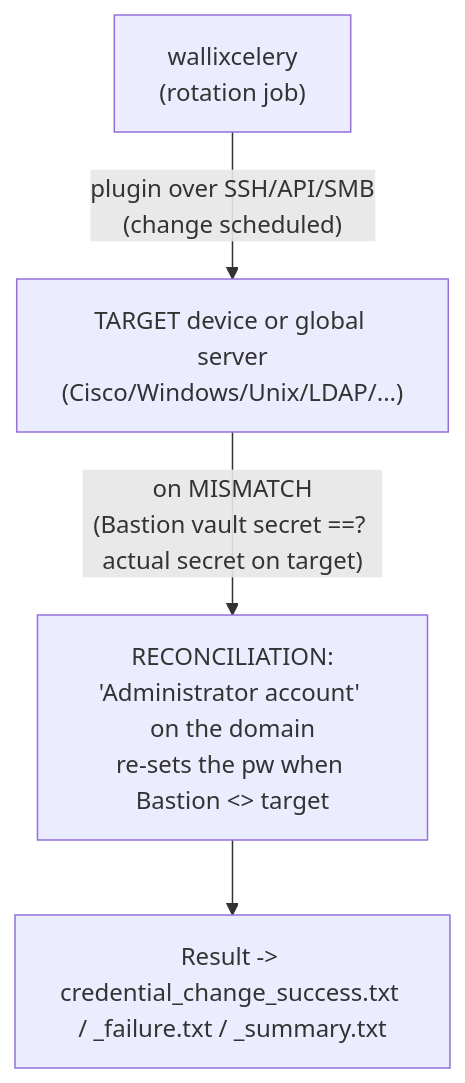
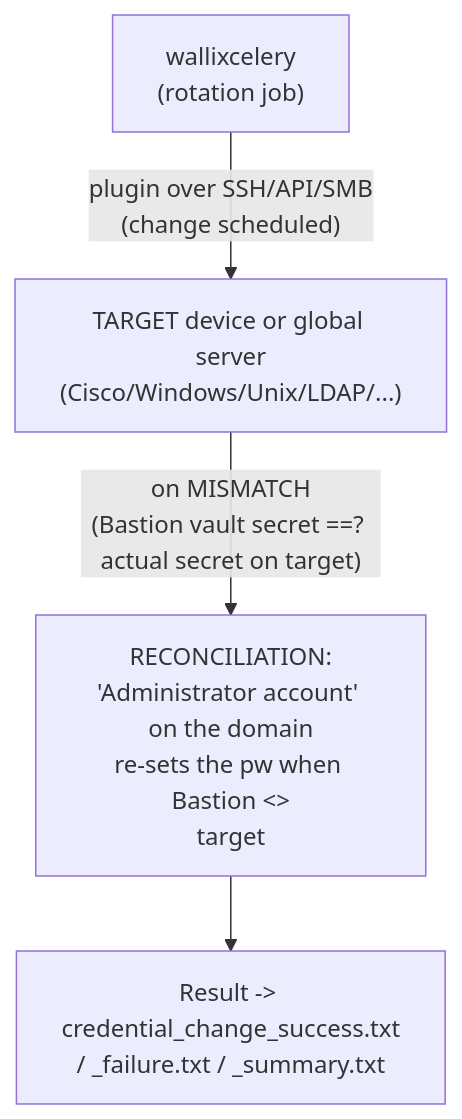
Before and after one commit to morandeirachema/WallixCerts: the second of 5 diagrams in deep-dives/troubleshooting-and-logs.md, drawn with Mermaid. The commit also changed other lines of this file and 37 other files, not shown here.

First line of the commit message:
Make Mermaid node boxes fit their text (wrap long labels) + enforce it

````diff
--- a/deep-dives/troubleshooting-and-logs.md
+++ b/deep-dives/troubleshooting-and-logs.md
@@ -177,6 +177,6 @@
 ```mermaid
 flowchart TD
     Celery["wallixcelery<br/>(rotation job)"] -->|"plugin over SSH/API/SMB<br/>(change scheduled)"| Target["TARGET device or global server<br/>(Cisco/Windows/Unix/LDAP/...)"]
-    Target -->|"on MISMATCH<br/>(Bastion vault secret ==? actual secret on target)"| Reconcile["RECONCILIATION:<br/>'Administrator account' on the domain<br/>re-sets the pw when Bastion &lt;&gt; target"]
-    Reconcile --> Result["Result -> credential_change_success.txt / _failure.txt / _summary.txt"]
+    Target -->|"on MISMATCH<br/>(Bastion vault secret ==? actual secret on target)"| Reconcile["RECONCILIATION:<br/>'Administrator account' on the domain<br/>re-sets the pw when Bastion &lt;&gt;<br/>target"]
+    Reconcile --> Result["Result -> credential_change_success.txt<br/>/ _failure.txt / _summary.txt"]
 ```
````
